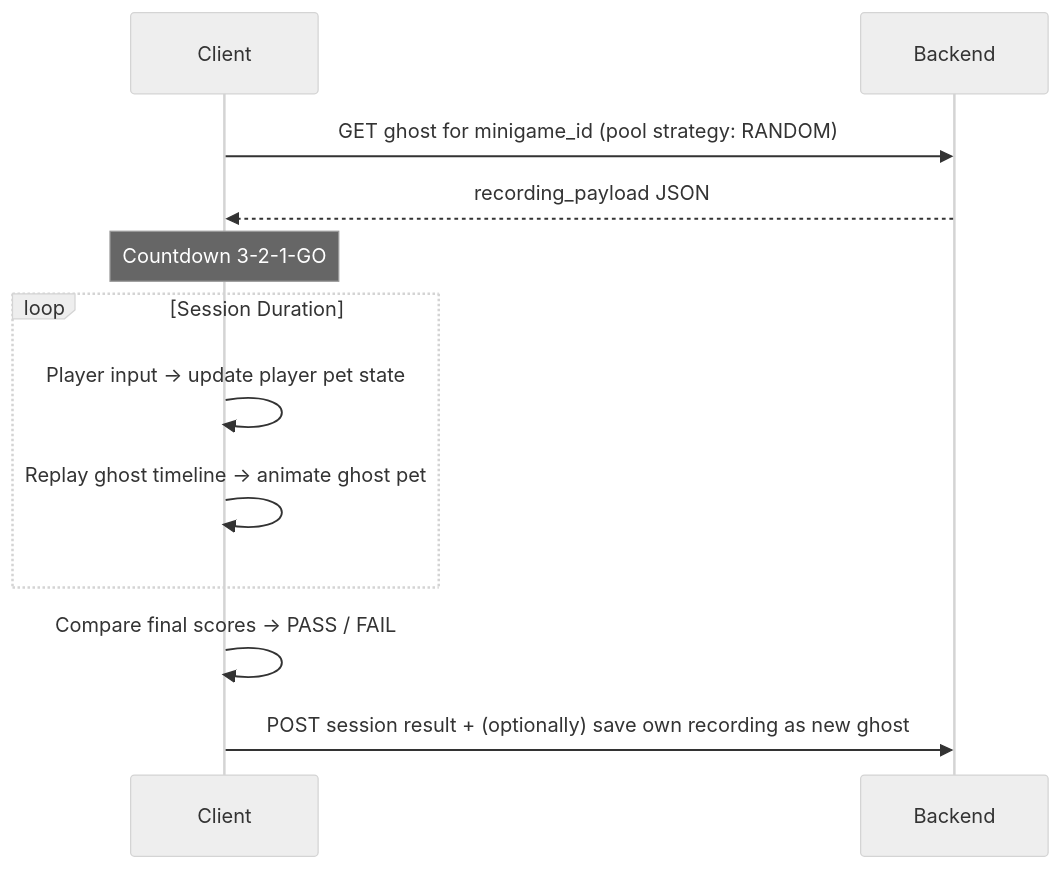
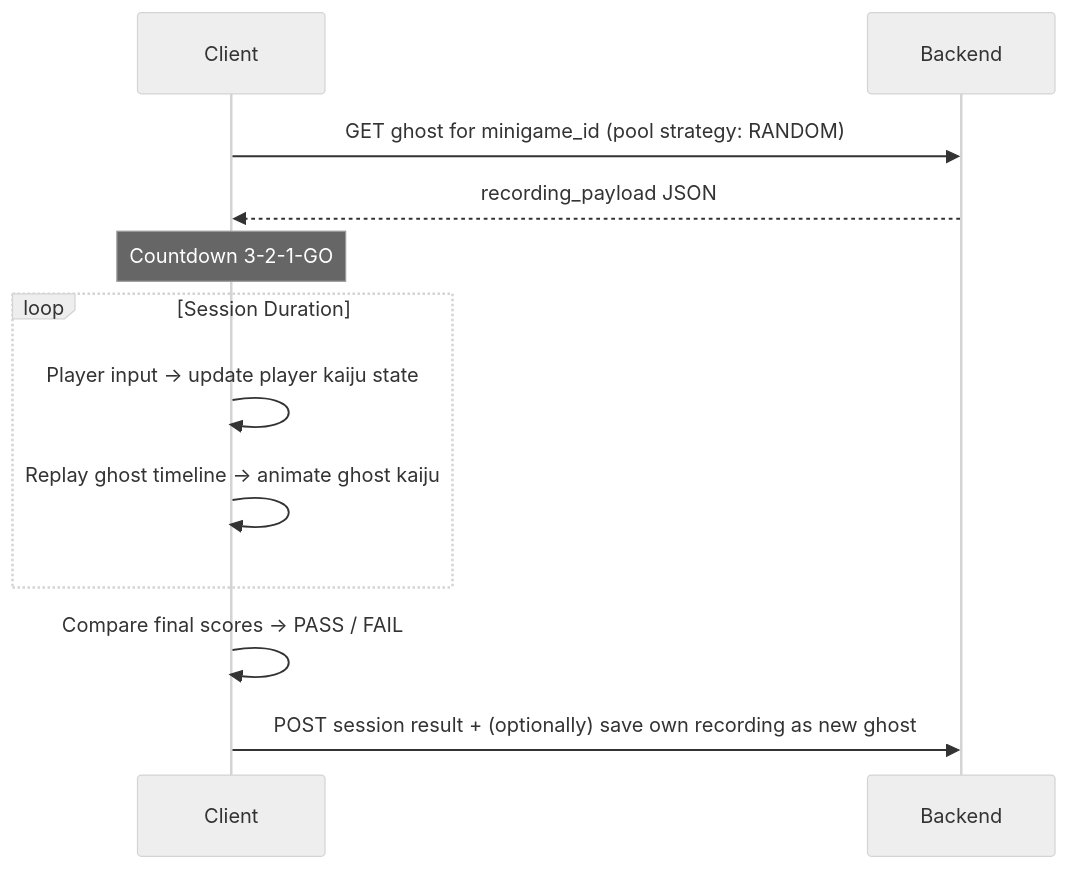
One commit to TheMrCorvy/HATCH.REF changed the fourth of 4 diagrams in Documentation/Plugins/Minigames/02-session-lifecycle-and-categories.md. Above: the diagram before and after it, drawn with Mermaid (neutral theme). The commit also changed other lines of this file and 47 other files, not shown here.

````diff
--- a/Documentation/Plugins/Minigames/02-session-lifecycle-and-categories.md
+++ b/Documentation/Plugins/Minigames/02-session-lifecycle-and-categories.md
@@ -109,18 +109,18 @@
 ```mermaid
 sequenceDiagram
     participant Client
     participant Backend
 
     Client->>Backend: GET ghost for minigame_id (pool strategy: RANDOM)
     Backend-->>Client: recording_payload JSON
 
     Note over Client: Countdown 3-2-1-GO
 
     loop Session Duration
-        Client->>Client: Player input → update player pet state
-        Client->>Client: Replay ghost timeline → animate ghost pet
+        Client->>Client: Player input → update player kaiju state
+        Client->>Client: Replay ghost timeline → animate ghost kaiju
     end
 
     Client->>Client: Compare final scores → PASS / FAIL
     Client->>Backend: POST session result + (optionally) save own recording as new ghost
 ```
````
